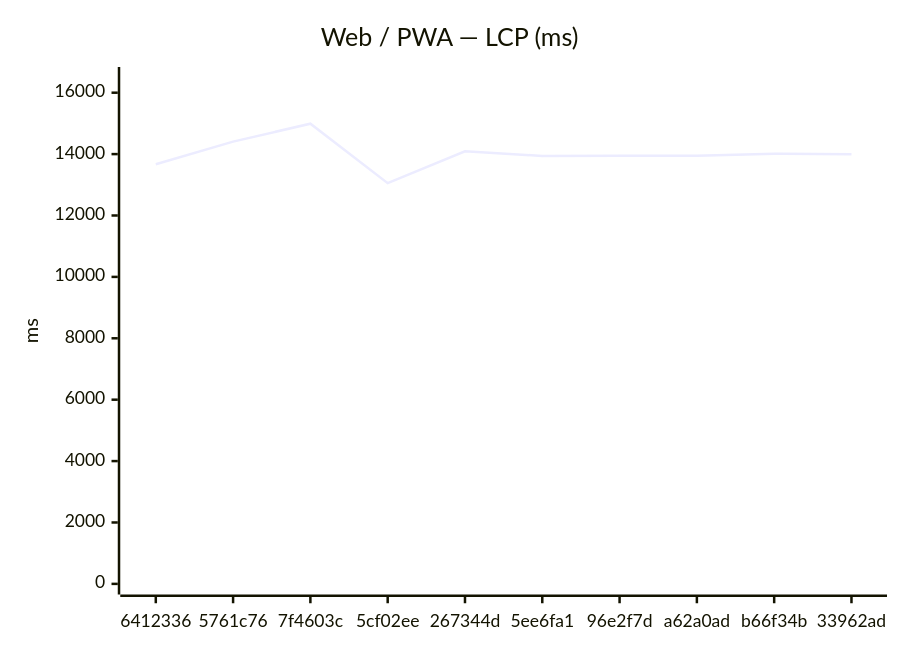
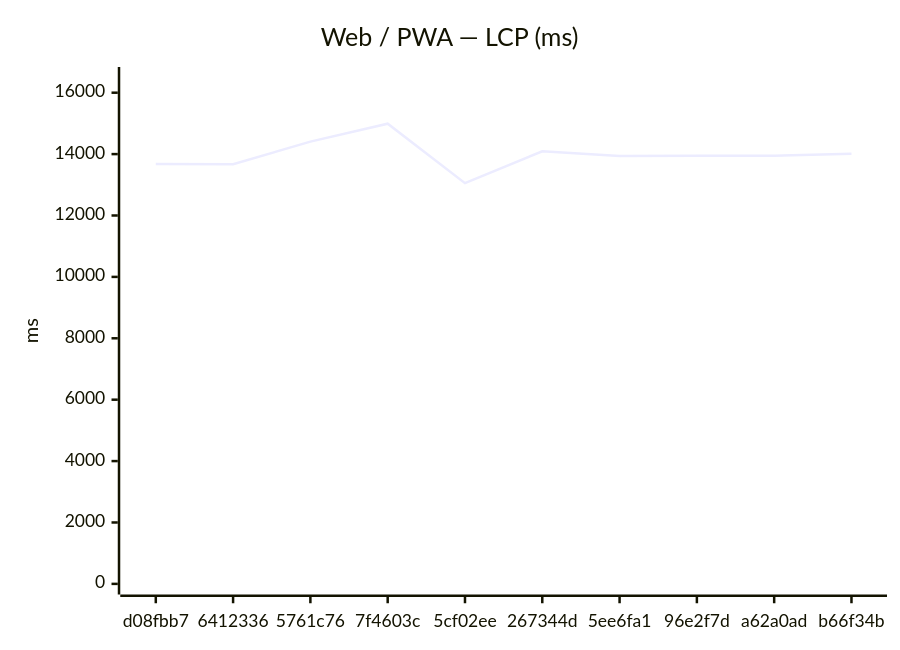
Before and after one commit to Metaheurist/Rianell: the first of 18 diagrams in benchmarks/compare.md, drawn with Mermaid. The commit also changed other lines of this file and 11 other files, not shown here.

````diff
--- a/benchmarks/compare.md
+++ b/benchmarks/compare.md
@@ -24,7 +24,7 @@
 ```mermaid
 xychart-beta
     title "Web / PWA — LCP (ms)"
-    x-axis ["6412336", "5761c76", "7f4603c", "5cf02ee", "267344d", "5ee6fa1", "96e2f7d", "a62a0ad", "b66f34b", "33962ad"]
+    x-axis ["d08fbb7", "6412336", "5761c76", "7f4603c", "5cf02ee", "267344d", "5ee6fa1", "96e2f7d", "a62a0ad", "b66f34b"]
     y-axis "ms" 0 --> 16491
-    line [13670, 14406, 14991, 13053, 14092, 13942, 13945, 13945, 14014, 13997]
+    line [13678, 13670, 14406, 14991, 13053, 14092, 13942, 13945, 13945, 14014]
 ```
````
